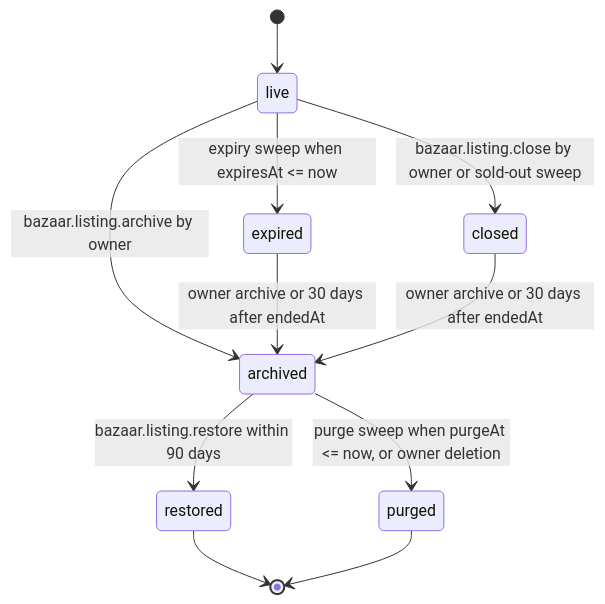
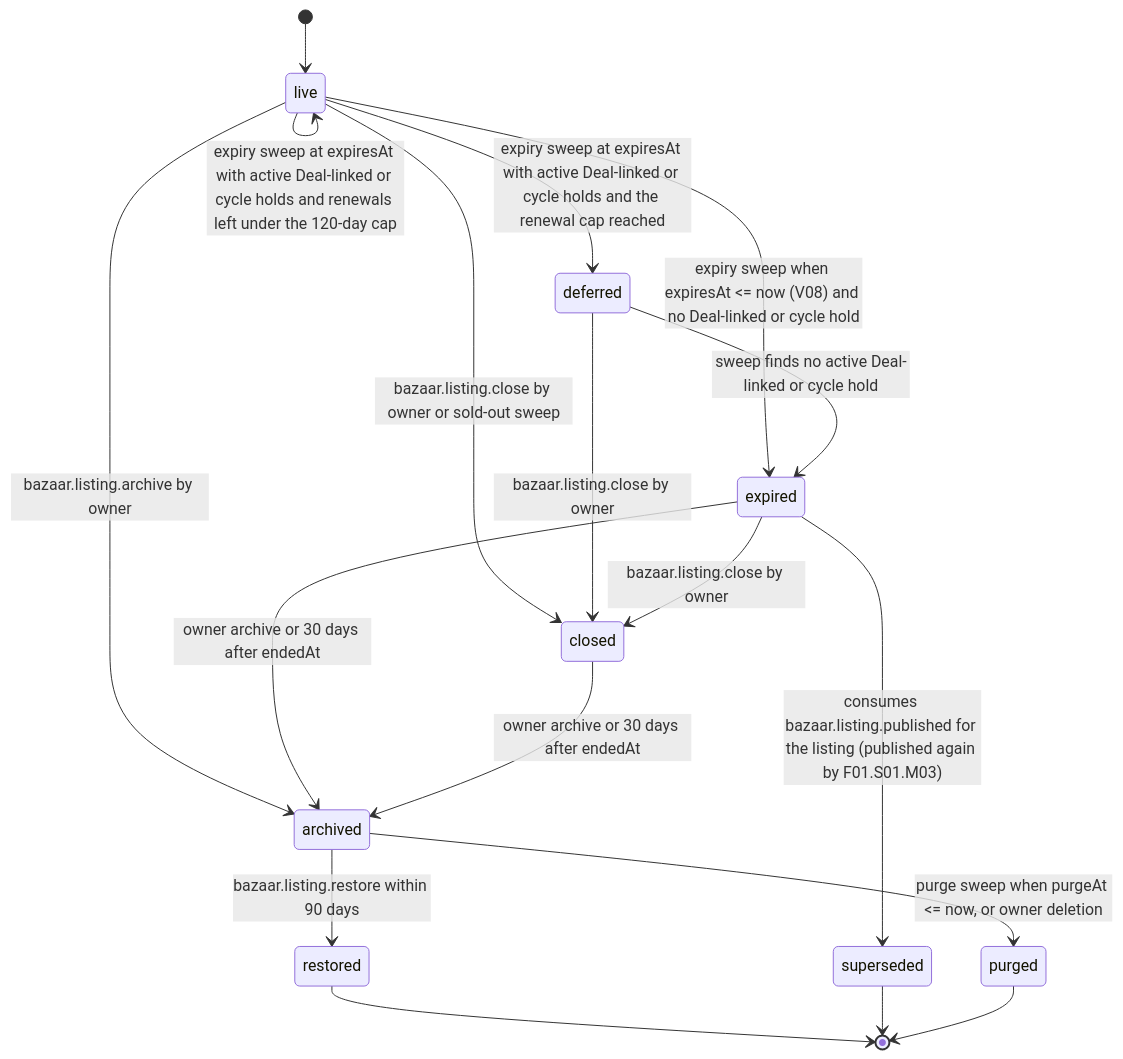
The diagram in 01_LocalBazaar/01_listings/mod_archive/workflow_state_machine.md (djshellshoxxx/CLASSifiedisRUPTed), drawn with Mermaid before and after one commit. The commit also changed other lines of this file and 235 other files, not shown here.

````diff
--- a/01_LocalBazaar/01_listings/mod_archive/workflow_state_machine.md
+++ b/01_LocalBazaar/01_listings/mod_archive/workflow_state_machine.md
@@ -29,13 +37,20 @@
 ```mermaid
 stateDiagram-v2
   [*] --> live
-  live --> expired: expiry sweep when expiresAt <= now
+  live --> live: expiry sweep at expiresAt with active Deal-linked or cycle holds and renewals left under the 120-day cap
+  live --> deferred: expiry sweep at expiresAt with active Deal-linked or cycle holds and the renewal cap reached
+  live --> expired: expiry sweep when expiresAt <= now (V08) and no Deal-linked or cycle hold
   live --> closed: bazaar.listing.close by owner or sold-out sweep
   live --> archived: bazaar.listing.archive by owner
+  deferred --> expired: sweep finds no active Deal-linked or cycle hold
+  deferred --> closed: bazaar.listing.close by owner
+  expired --> closed: bazaar.listing.close by owner
+  expired --> superseded: consumes bazaar.listing.published for the listing (published again by F01.S01.M03)
   expired --> archived: owner archive or 30 days after endedAt
   closed --> archived: owner archive or 30 days after endedAt
   archived --> restored: bazaar.listing.restore within 90 days
   archived --> purged: purge sweep when purgeAt <= now, or owner deletion
   restored --> [*]
+  superseded --> [*]
   purged --> [*]
 ```
````
